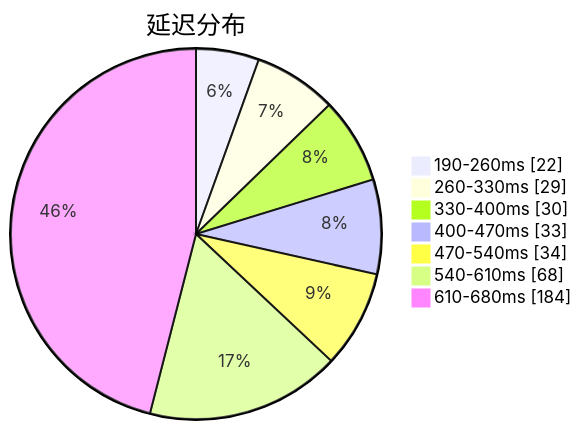
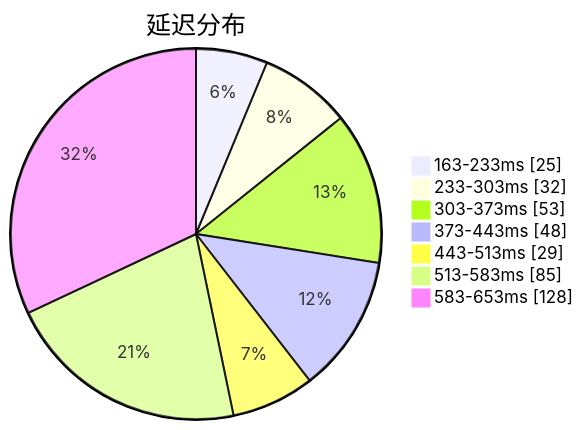
Before and after one commit to qjlxg/airport: the first of 3 diagrams in subs/statistics/tested_within.md, drawn with Mermaid. The commit also changed other lines of this file and 2 other files, not shown here.

````diff
--- a/subs/statistics/tested_within.md
+++ b/subs/statistics/tested_within.md
@@ -2,11 +2,11 @@
 ```mermaid
 pie showData
 title 延迟分布
-"190-260ms" : 22
-"260-330ms" : 29
-"330-400ms" : 30
-"400-470ms" : 33
-"470-540ms" : 34
-"540-610ms" : 68
-"610-680ms" : 184
+"163-233ms" : 25
+"233-303ms" : 32
+"303-373ms" : 53
+"373-443ms" : 48
+"443-513ms" : 29
+"513-583ms" : 85
+"583-653ms" : 128
 ```
````
